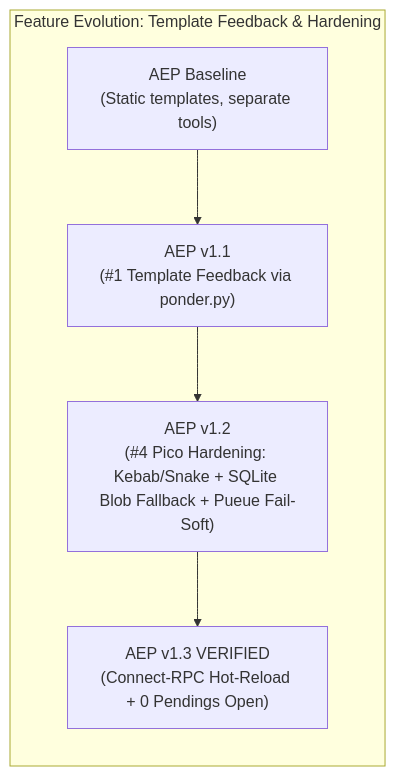
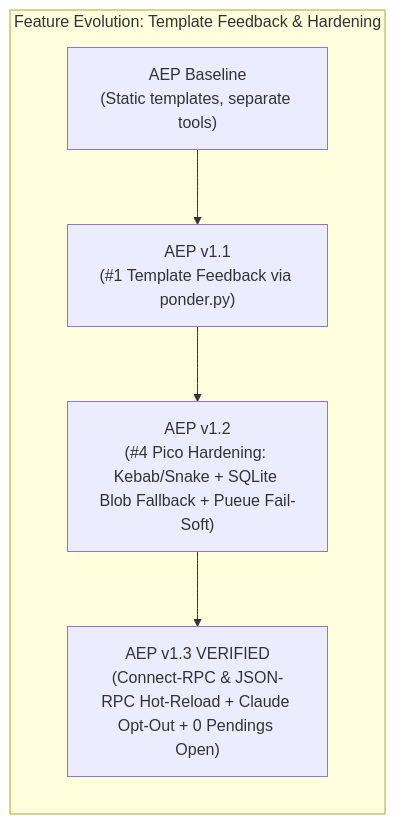
Before and after one commit to ancrz/agent-execution-plane: the second of 2 diagrams in docs/pipeline/feature_20261023_120700_template_feedback_and_pico_hardening.md, drawn with Mermaid. The commit also changed other lines of this file and 2 other files, not shown here.

Commit message:
docs(state): document codex auto-plug hot-reload and claude opt-out

````diff
--- a/docs/pipeline/feature_20261023_120700_template_feedback_and_pico_hardening.md
+++ b/docs/pipeline/feature_20261023_120700_template_feedback_and_pico_hardening.md
@@ -46,8 +47,8 @@
 ```mermaid
 flowchart LR
     subgraph Evolution["Feature Evolution: Template Feedback & Hardening"]
         E0["AEP Baseline<br/>(Static templates, separate tools)"] --> E1["AEP v1.1<br/>(#1 Template Feedback via ponder.py)"]
         E1 --> E2["AEP v1.2<br/>(#4 Pico Hardening: Kebab/Snake + SQLite Blob Fallback + Pueue Fail-Soft)"]
-        E2 --> E3["AEP v1.3 VERIFIED<br/>(Connect-RPC Hot-Reload + 0 Pendings Open)"]
+        E2 --> E3["AEP v1.3 VERIFIED<br/>(Connect-RPC & JSON-RPC Hot-Reload + Claude Opt-Out + 0 Pendings Open)"]
     end
 ```
````
